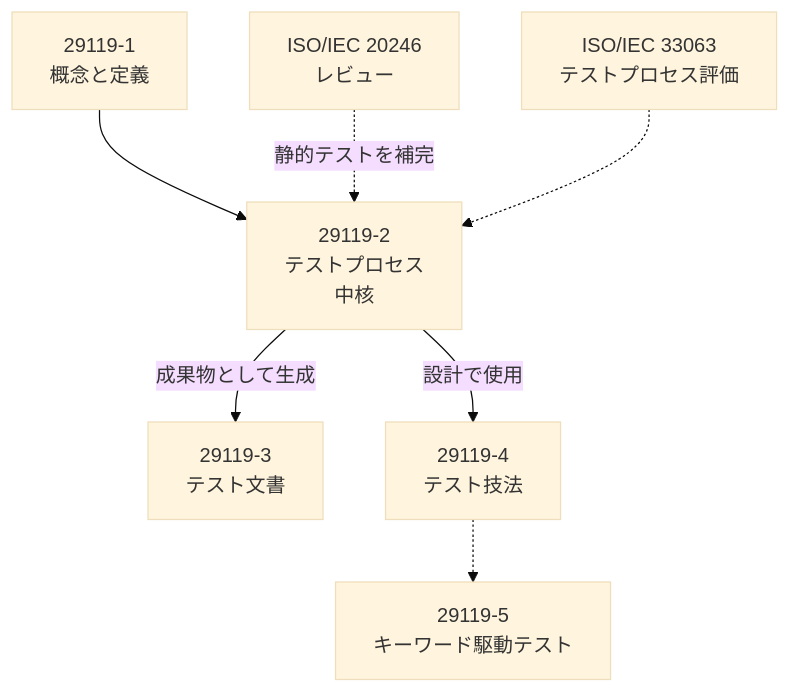
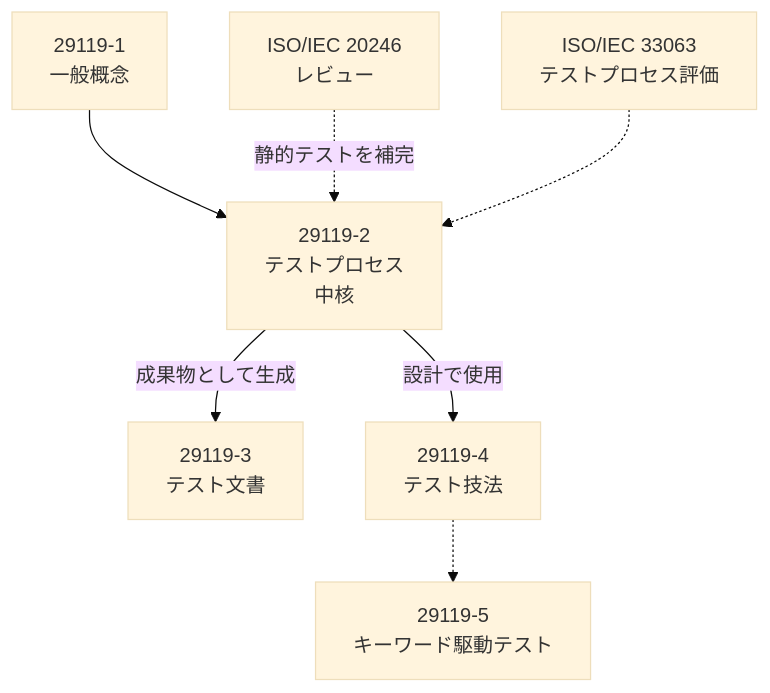
Before and after one commit to myoshi2891/Quality-Assurance-Studies: the seventh of 17 diagrams in Iso-iec-tr-29119-13-guide.md, drawn with Mermaid (base theme). The commit also changed other lines of this file and 1 other file, not shown here.

Commit message:
docs(iso-29119-13): update Annex C step reference and Part 1 title with hash sync in html

````diff
--- a/Iso-iec-tr-29119-13-guide.md
+++ b/Iso-iec-tr-29119-13-guide.md
@@ -335,14 +335,14 @@
 ```mermaid
 flowchart TB
-    P1["29119-1<br/>概念と定義"]
+    P1["29119-1<br/>一般概念"]
     P2["29119-2<br/>テストプロセス<br/>中核"]
     P3["29119-3<br/>テスト文書"]
     P4["29119-4<br/>テスト技法"]
     P5["29119-5<br/>キーワード駆動テスト"]
     P1 --> P2
     P2 -->|成果物として生成| P3
     P2 -->|設計で使用| P4
     P4 -.-> P5
     X1["ISO/IEC 20246<br/>レビュー"] -.静的テストを補完.-> P2
     X2["ISO/IEC 33063<br/>テストプロセス評価"] -.-> P2
 ```
````
